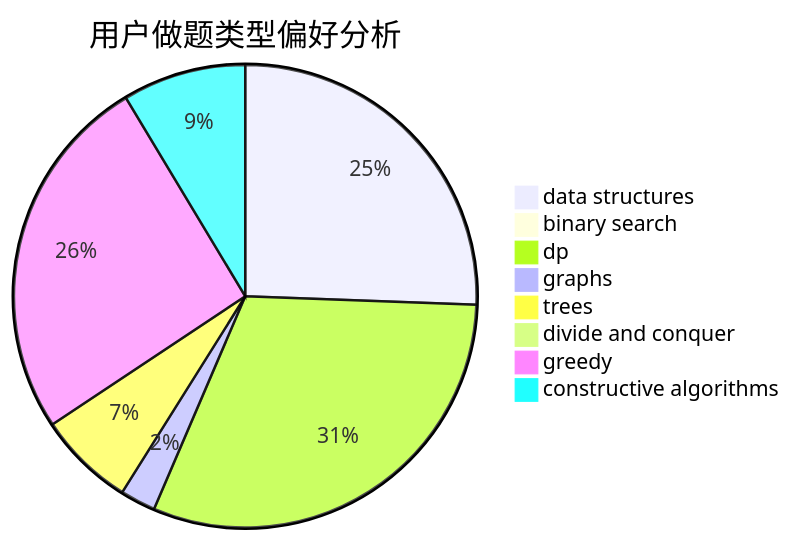
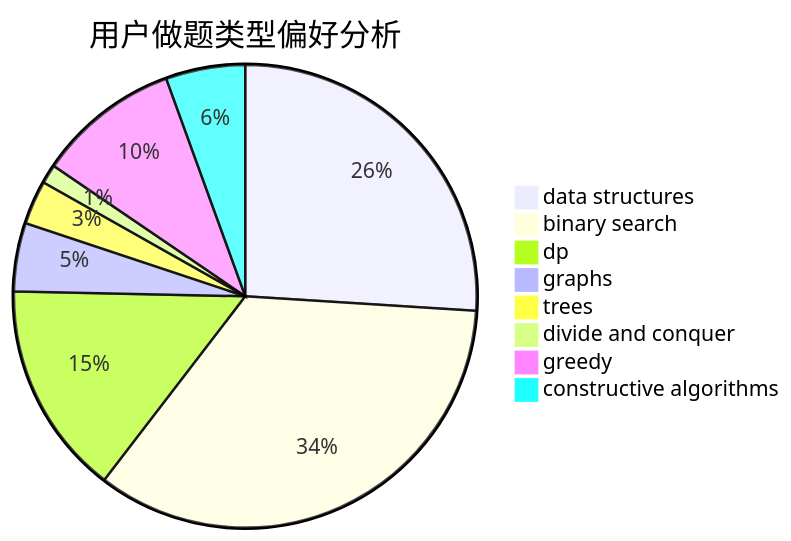
Before and after one commit to sherpahu/cfrs.github.io: the second of 3 diagrams in docs/user/u2428.md, drawn with Mermaid. The commit also changed other lines of this file and 2770 other files, not shown here.

````diff
--- a/docs/user/u2428.md
+++ b/docs/user/u2428.md
@@ -23,11 +23,11 @@
 ```mermaid
 pie title 用户做题类型偏好分析
-    "data structures" :  383
-    "binary search" :  5
-    "dp" :  462
-    "graphs" :  37
-    "trees" :  101
-    "divide and conquer" :  0
-    "greedy" :  385
-    "constructive algorithms" :  129
+    "data structures" :  136
+    "binary search" :  180
+    "dp" :  78
+    "graphs" :  25
+    "trees" :  16
+    "divide and conquer" :  7
+    "greedy" :  52
+    "constructive algorithms" :  29
 ```
````
